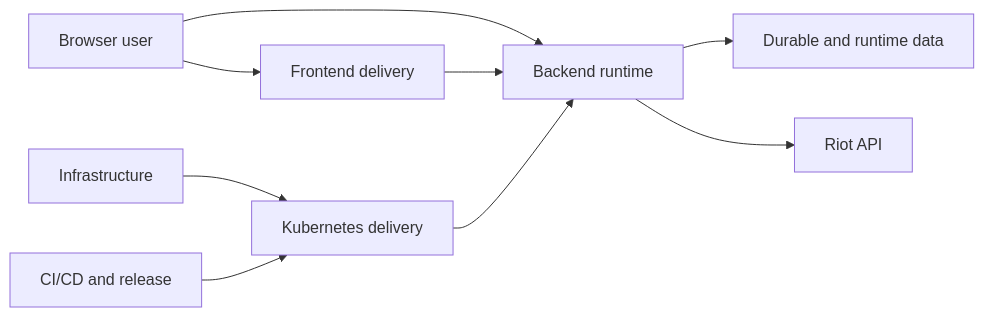
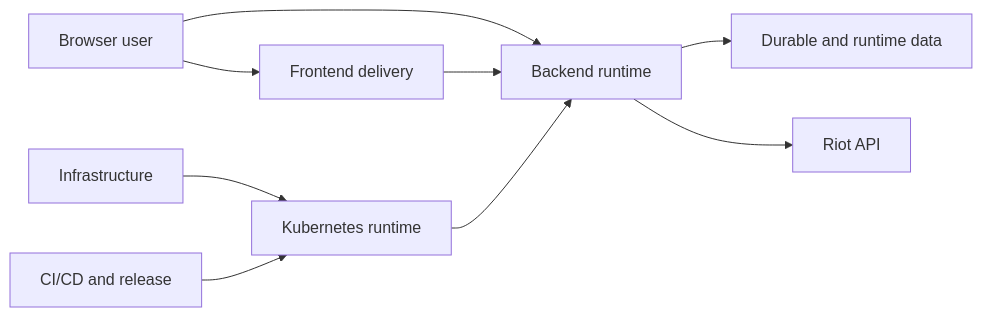
The first of 2 diagrams in README.md (winrates-gg/wrgg-public-documentation), drawn with Mermaid before and after one commit. The commit also changed other lines of this file and 4 other files, not shown here.

````diff
--- a/README.md
+++ b/README.md
@@ -10,20 +10,20 @@
 ```mermaid
 flowchart LR
     User[Browser user]
     Frontend[Frontend delivery]
     Backend[Backend runtime]
     Data[Durable and runtime data]
     Infra[Infrastructure]
-    K8s[Kubernetes delivery]
+    K8s[Kubernetes runtime]
     CICD[CI/CD and release]
     Riot[Riot API]
 
     User --> Frontend
     User --> Backend
     Frontend --> Backend
     Backend --> Data
     Backend --> Riot
     Infra --> K8s
     CICD --> K8s
     K8s --> Backend
 ```
````
